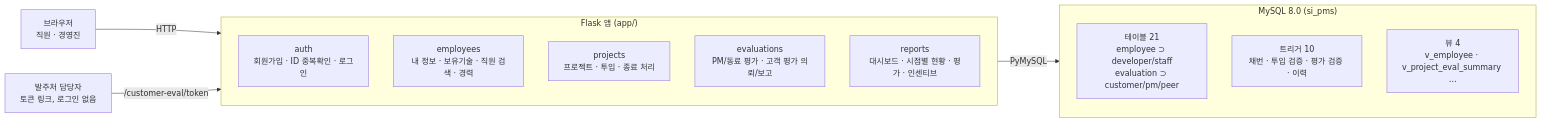
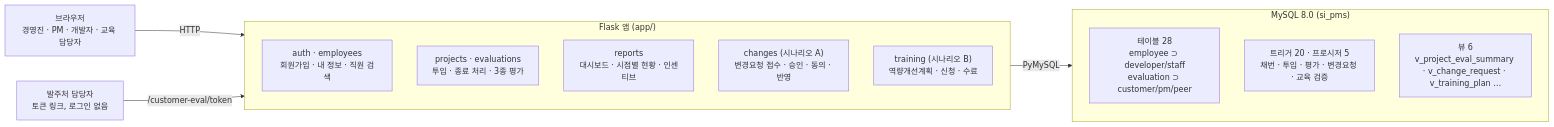
One commit to moovingGun/database-teamproject changed the first of 2 diagrams in README.md. Above: the diagram before and after it, drawn with Mermaid. The commit also changed other lines of this file and 62 other files, not shown here.

First line of the commit message:
docs: ERD 이미지·기능 스크린샷 자동 생성, 문서와 팀 가이드를 시나리오 A·B 기준으로 갱신

````diff
--- a/README.md
+++ b/README.md
@@ -64,20 +65,20 @@
 ```mermaid
 flowchart LR
-  B["브라우저<br/>직원 · 경영진"] -->|HTTP| F
+  B["브라우저<br/>경영진 · PM · 개발자 · 교육 담당자"] -->|HTTP| F
   C["발주처 담당자<br/>토큰 링크, 로그인 없음"] -->|/customer-eval/token| F
   subgraph F["Flask 앱 (app/)"]
     direction TB
-    a1["auth<br/>회원가입 · ID 중복확인 · 로그인"]
-    a2["employees<br/>내 정보 · 보유기술 · 직원 검색 · 경력"]
-    a3["projects<br/>프로젝트 · 투입 · 종료 처리"]
-    a4["evaluations<br/>PM/동료 평가 · 고객 평가 의뢰/보고"]
-    a5["reports<br/>대시보드 · 시점별 현황 · 평가 · 인센티브"]
+    a1["auth · employees<br/>회원가입 · 내 정보 · 직원 검색"]
+    a3["projects · evaluations<br/>투입 · 종료 처리 · 3종 평가"]
+    a5["reports<br/>대시보드 · 시점별 현황 · 인센티브"]
+    a6["changes (시나리오 A)<br/>변경요청 접수 · 승인 · 동의 · 반영"]
+    a7["training (시나리오 B)<br/>역량개선계획 · 신청 · 수료"]
   end
   F -->|PyMySQL| D
   subgraph D["MySQL 8.0 (si_pms)"]
     direction TB
-    d1["테이블 21<br/>employee ⊃ developer/staff<br/>evaluation ⊃ customer/pm/peer"]
-    d2["트리거 10<br/>채번 · 투입 검증 · 평가 검증 · 이력"]
-    d3["뷰 4<br/>v_employee · v_project_eval_summary …"]
+    d1["테이블 28<br/>employee ⊃ developer/staff<br/>evaluation ⊃ customer/pm/peer"]
+    d2["트리거 20 · 프로시저 5<br/>채번 · 투입 · 평가 · 변경요청 · 교육 검증"]
+    d3["뷰 6<br/>v_project_eval_summary · v_change_request · v_training_plan …"]
   end
 ```
````
